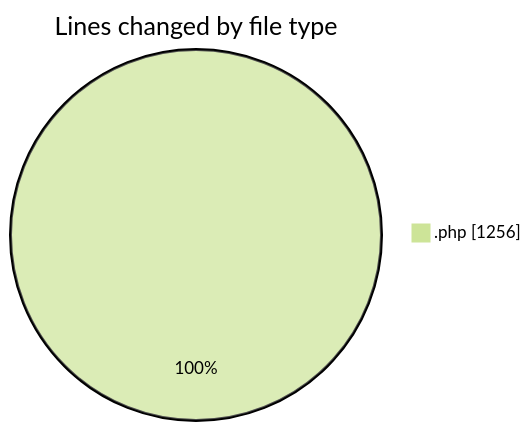
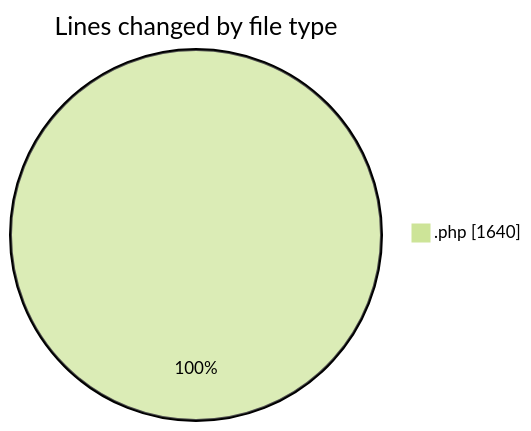
One commit to LanceThiago/code-tracking changed the first of 2 diagrams in 2026-10-02/jogo/README.md. Above: the diagram before and after it, drawn with Mermaid (forest theme). The commit also changed other lines of this file and 1 other file, not shown here.

````diff
--- a/2026-10-02/jogo/README.md
+++ b/2026-10-02/jogo/README.md
@@ -20,5 +20,5 @@
 ```mermaid
 pie showData
 title Lines changed by file type
-".php" : 1256
+".php" : 1640
 ```
````
